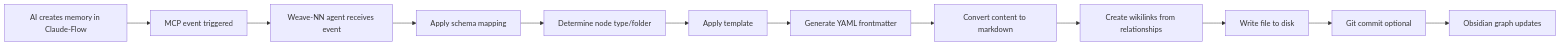
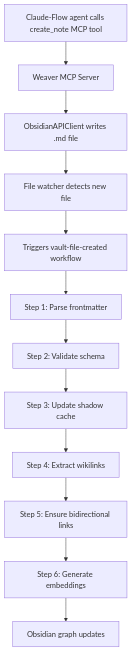
The first of 2 diagrams in weave-nn/mcp/claude-flow-memory-visualization.md (weave-logic-ai/knowlege-graph-agent), drawn with Mermaid before and after one commit. The commit also changed other lines of this file and 8 other files, not shown here.

````diff
--- a/weave-nn/mcp/claude-flow-memory-visualization.md
+++ b/weave-nn/mcp/claude-flow-memory-visualization.md
@@ -111,14 +130,14 @@
 ```mermaid
-graph LR
-    A[AI creates memory in Claude-Flow] --> B[MCP event triggered]
-    B --> C[Weave-NN agent receives event]
-    C --> D[Apply schema mapping]
-    D --> E[Determine node type/folder]
-    E --> F[Apply template]
-    F --> G[Generate YAML frontmatter]
-    G --> H[Convert content to markdown]
-    H --> I[Create wikilinks from relationships]
-    I --> J[Write file to disk]
-    J --> K[Git commit optional]
+graph TB
+    A[Claude-Flow agent calls create_note MCP tool] --> B[Weaver MCP Server]
+    B --> C[ObsidianAPIClient writes .md file]
+    C --> D[File watcher detects new file]
+    D --> E[Triggers vault-file-created workflow]
+    E --> F[Step 1: Parse frontmatter]
+    F --> G[Step 2: Validate schema]
+    G --> H[Step 3: Update shadow cache]
+    H --> I[Step 4: Extract wikilinks]
+    I --> J[Step 5: Ensure bidirectional links]
+    J --> K[Step 6: Generate embeddings]
     K --> L[Obsidian graph updates]
 ```
````
